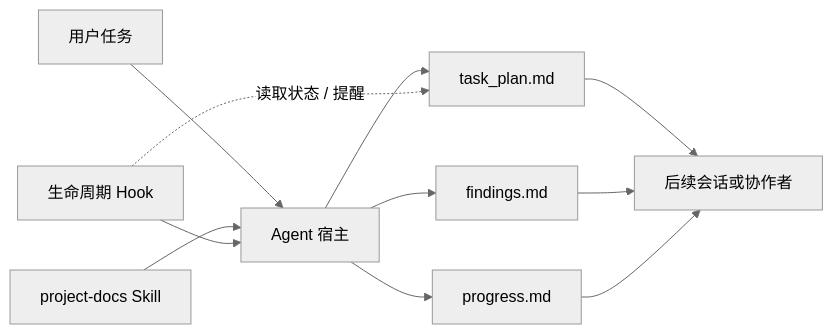
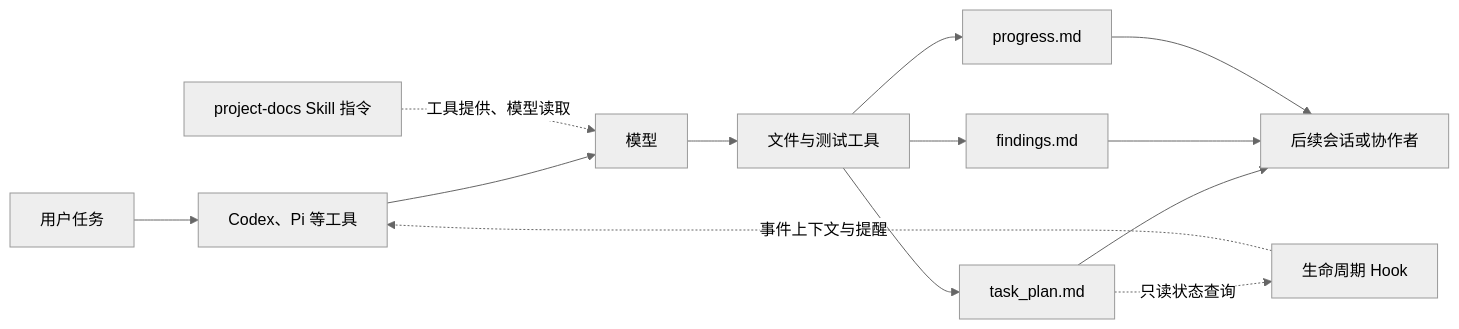
The diagram in src/data/readme/planweft.md (qunqin24/opendock), drawn with Mermaid (neutral theme) before and after one commit. The commit also changed other lines of this file and 78 other files, not shown here.

````diff
--- a/src/data/readme/planweft.md
+++ b/src/data/readme/planweft.md
@@ -67,13 +69,15 @@
 ```mermaid
 flowchart LR
-    U[用户任务] --> A[Agent 宿主]
-    S[project-docs Skill] --> A
-    H[生命周期 Hook] --> A
-    A --> P[task_plan.md]
-    A --> F[findings.md]
-    A --> G[progress.md]
+    U[用户任务] --> A[Codex、Pi 等工具]
+    A --> M[模型]
+    S[project-docs Skill 指令] -. 工具提供、模型读取 .-> M
+    H[生命周期 Hook] -. 事件上下文与提醒 .-> A
+    M --> T[文件与测试工具]
+    T --> P[task_plan.md]
+    T --> F[findings.md]
+    T --> G[progress.md]
     P --> N[后续会话或协作者]
     F --> N
     G --> N
-    H -. 读取状态 / 提醒 .-> P
+    P -. 只读状态查询 .-> H
 ```
````
